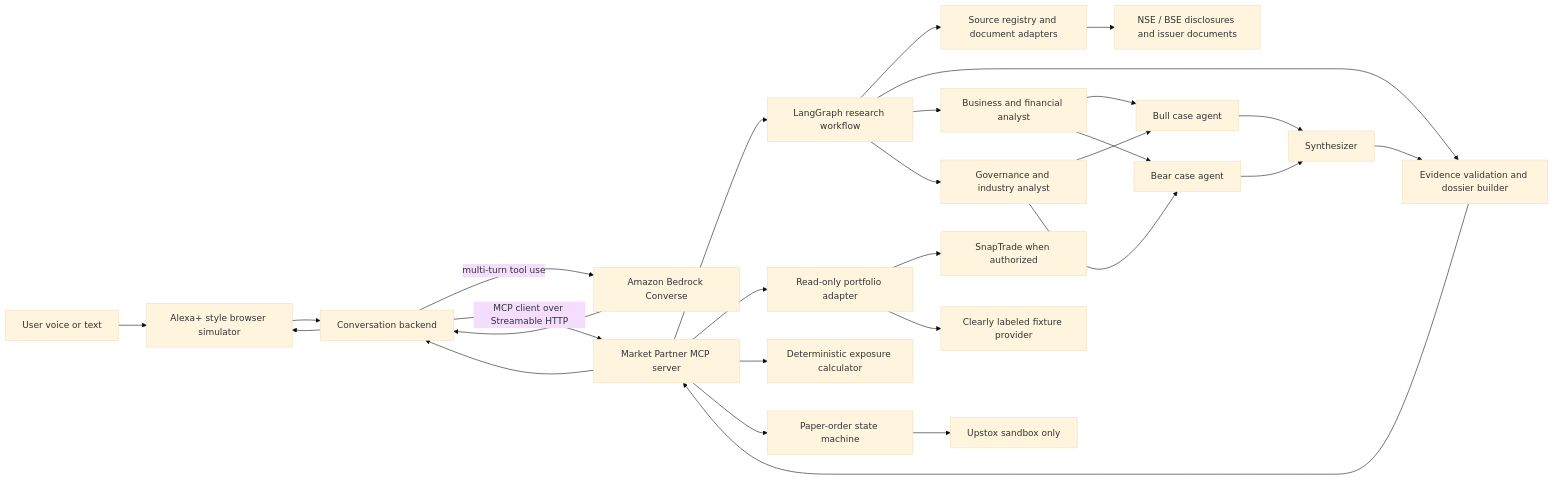
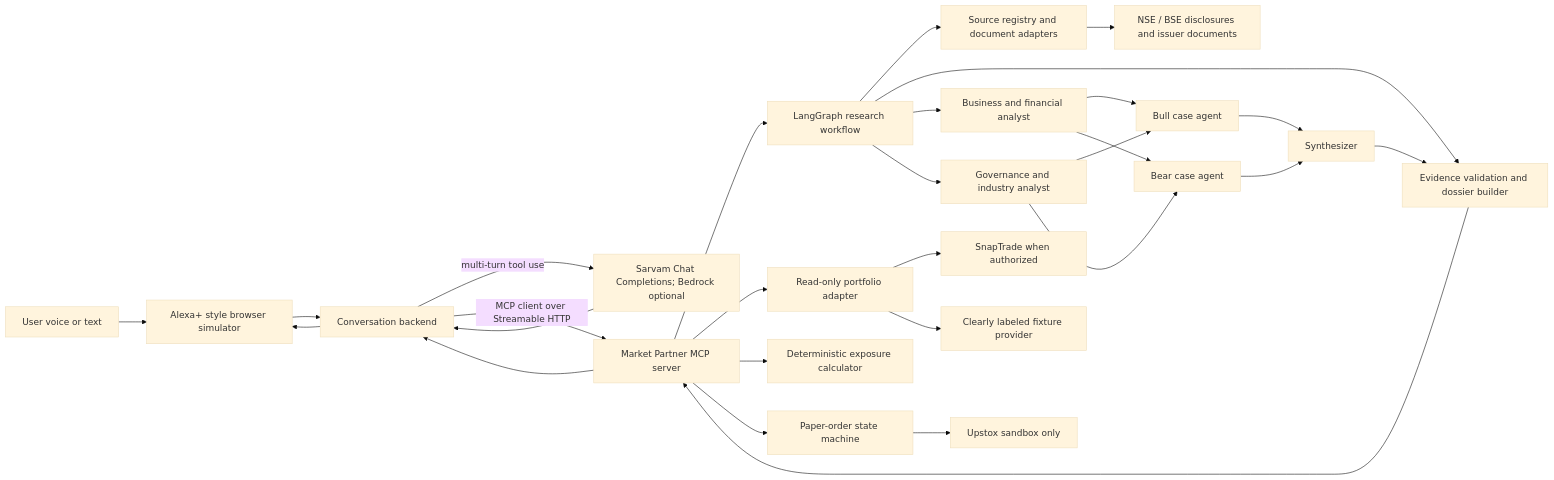
The diagram in docs/ARCHITECTURE.md (BlueWaves-afk/market-assistant), drawn with Mermaid (base theme) before and after one commit. The commit also changed other lines of this file and 13 other files, not shown here.

````diff
--- a/docs/ARCHITECTURE.md
+++ b/docs/ARCHITECTURE.md
@@ -62,33 +62,33 @@
 ```mermaid
 flowchart LR
     U[User voice or text] --> UI[Alexa+ style browser simulator]
     UI --> API[Conversation backend]
-    API -->|multi-turn tool use| BED[Amazon Bedrock Converse]
+    API -->|multi-turn tool use| BED[Sarvam Chat Completions; Bedrock optional]
     BED --> API
     API -->|MCP client over Streamable HTTP| MCP[Market Partner MCP server]
 
     MCP --> R[LangGraph research workflow]
     R --> SRC[Source registry and document adapters]
     SRC --> NSE[NSE / BSE disclosures and issuer documents]
     R --> F[Evidence validation and dossier builder]
     R --> BA[Business and financial analyst]
     R --> GA[Governance and industry analyst]
     BA --> BULL[Bull case agent]
     GA --> BULL
     BA --> BEAR[Bear case agent]
     GA --> BEAR
     BULL --> SYN[Synthesizer]
     BEAR --> SYN
     SYN --> F
     F --> MCP
 
     MCP --> P[Read-only portfolio adapter]
     P --> ST[SnapTrade when authorized]
     P --> FX[Clearly labeled fixture provider]
     MCP --> C[Deterministic exposure calculator]
 
     MCP --> O[Paper-order state machine]
     O --> UP[Upstox sandbox only]
     MCP --> API
     API --> UI
 ```
````
